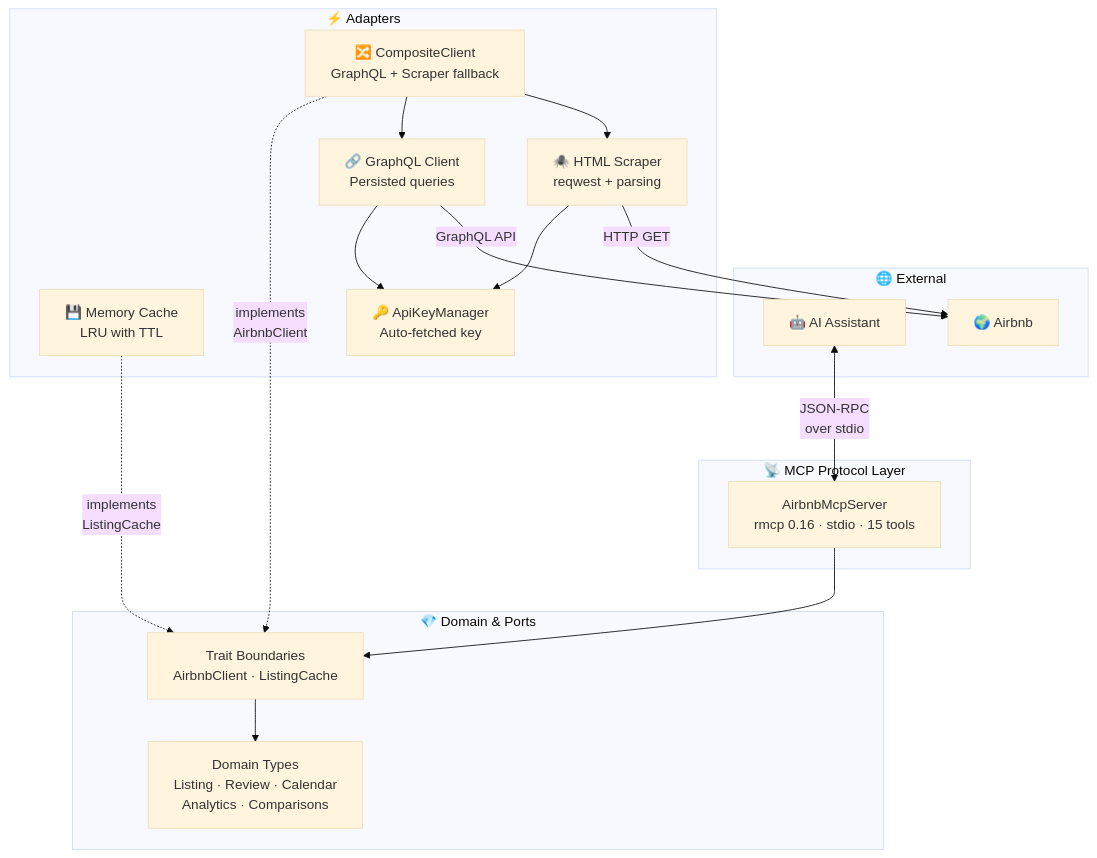
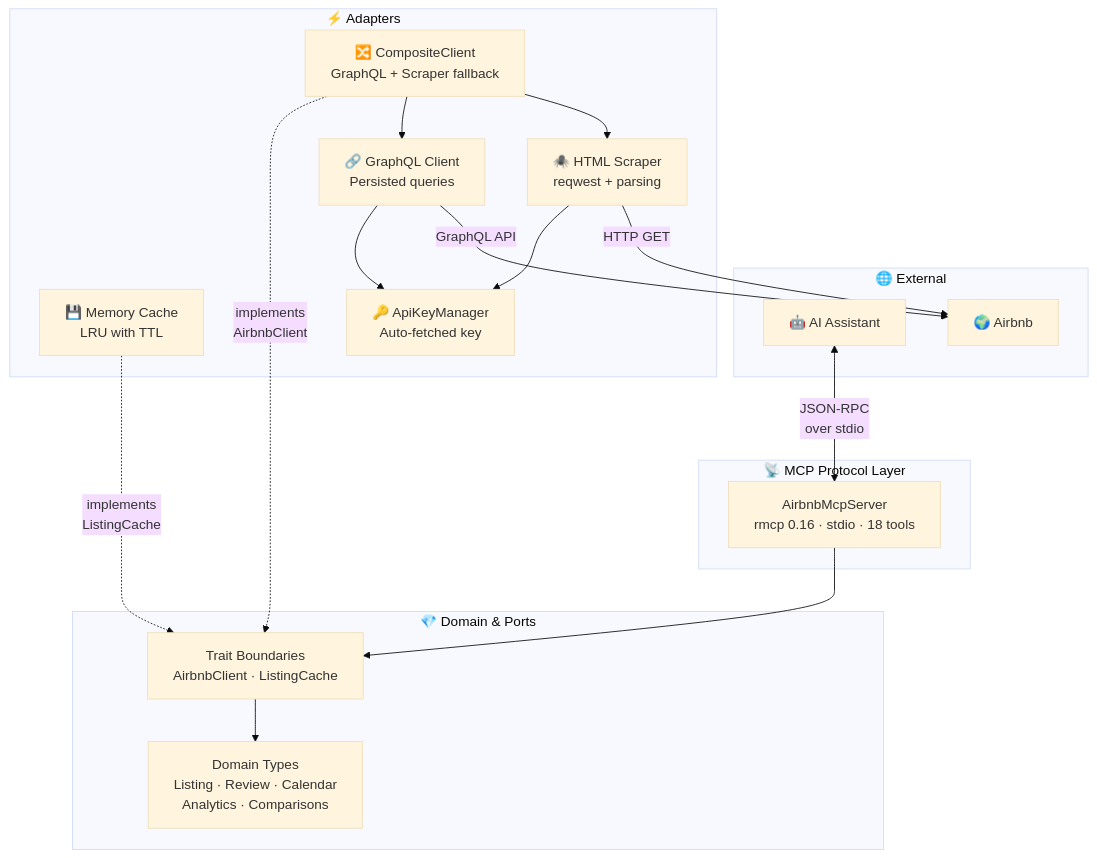
The first of 2 diagrams in README.md (muchiny/mcp-airbnb), drawn with Mermaid (base theme) before and after one commit. The commit also changed other lines of this file and 5 other files, not shown here.

````diff
--- a/README.md
+++ b/README.md
@@ -50,36 +53,36 @@
 ```mermaid
 graph TB
     subgraph External["🌐 External"]
         AI["🤖 AI Assistant"]
         AB["🌍 Airbnb"]
     end
 
     subgraph MCP["📡 MCP Protocol Layer"]
-        Server["AirbnbMcpServer<br/>rmcp 0.16 · stdio · 15 tools"]
+        Server["AirbnbMcpServer<br/>rmcp 0.16 · stdio · 18 tools"]
     end
 
     subgraph Core["💎 Domain & Ports"]
         Domain["Domain Types<br/>Listing · Review · Calendar<br/>Analytics · Comparisons"]
         Ports["Trait Boundaries<br/>AirbnbClient · ListingCache"]
     end
 
     subgraph Infra["⚡ Adapters"]
         Composite["🔀 CompositeClient<br/>GraphQL + Scraper fallback"]
         GQL["🔗 GraphQL Client<br/>Persisted queries"]
         Scraper["🕷️ HTML Scraper<br/>reqwest + parsing"]
         Cache["💾 Memory Cache<br/>LRU with TTL"]
         Shared["🔑 ApiKeyManager<br/>Auto-fetched key"]
     end
 
     AI <-->|"JSON-RPC<br/>over stdio"| Server
     Server --> Ports
     Ports --> Domain
     Composite -.->|"implements<br/>AirbnbClient"| Ports
     Cache -.->|"implements<br/>ListingCache"| Ports
     Composite --> GQL
     Composite --> Scraper
     GQL --> Shared
     Scraper --> Shared
     GQL -->|"GraphQL API"| AB
     Scraper -->|"HTTP GET"| AB
 ```
````
